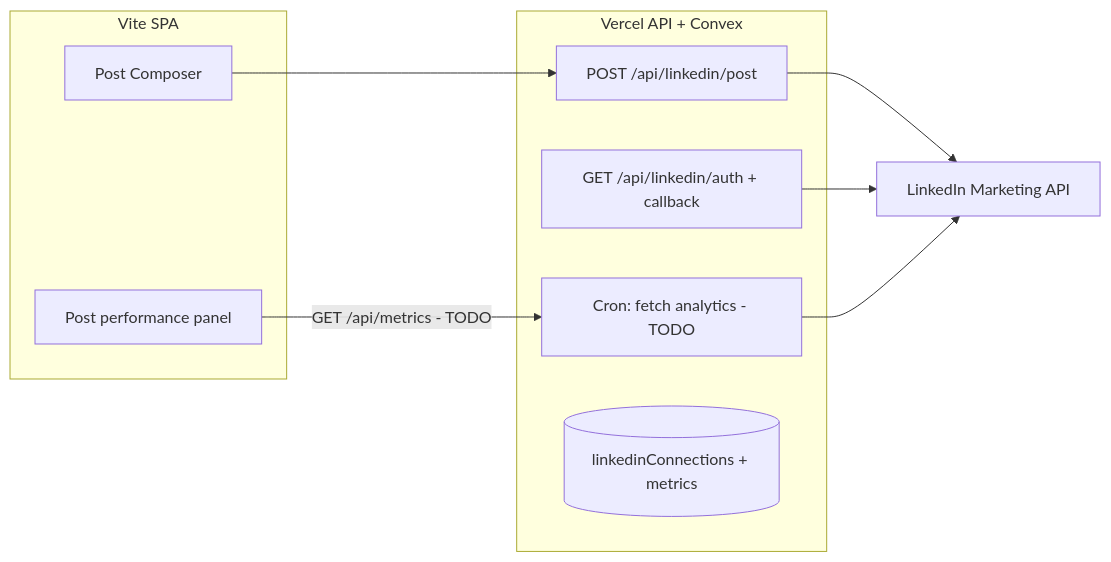
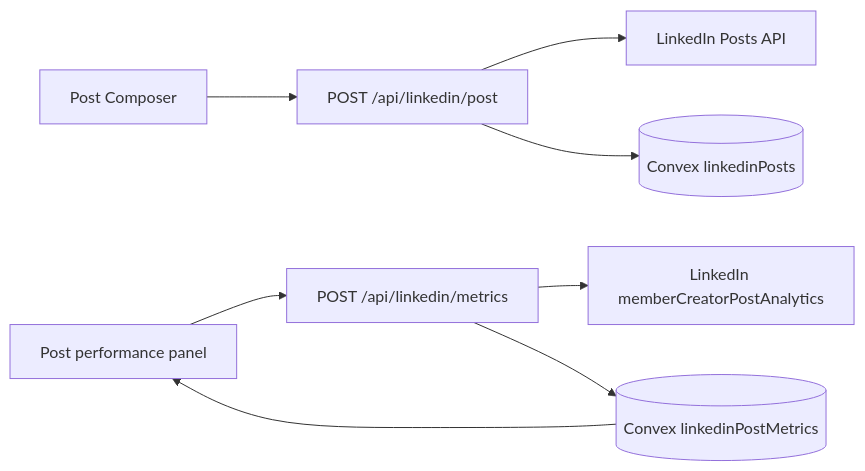
One commit to cwmarris/seeo-post-application changed the diagram in docs/LINKEDIN_MONITORING.md. Above: the diagram before and after it, drawn with Mermaid. The commit also changed other lines of this file and 21 other files, not shown here.

Commit message:
Add LinkedIn real metrics sync

````diff
--- a/docs/LINKEDIN_MONITORING.md
+++ b/docs/LINKEDIN_MONITORING.md
@@ -38,19 +42,10 @@
 ```mermaid
 flowchart LR
-  subgraph client [Vite SPA]
-    Dashboard[Post performance panel]
-    Composer[Post Composer]
-  end
-  subgraph backend [Vercel API + Convex]
-    OAuth[GET /api/linkedin/auth + callback]
-    Post[POST /api/linkedin/post]
-    Sync[Cron: fetch analytics - TODO]
-    DB[(linkedinConnections + metrics)]
-  end
-  LinkedIn[LinkedIn Marketing API]
-  Composer --> Post
-  Post --> LinkedIn
-  OAuth --> LinkedIn
-  Dashboard -->|GET /api/metrics - TODO| Sync
-  Sync --> LinkedIn
+  Composer[Post Composer] --> PostAPI[POST /api/linkedin/post]
+  PostAPI --> LinkedInPosts[LinkedIn Posts API]
+  PostAPI --> PostStore[(Convex linkedinPosts)]
+  Dashboard[Post performance panel] --> MetricsAPI[POST /api/linkedin/metrics]
+  MetricsAPI --> MemberAnalytics[LinkedIn memberCreatorPostAnalytics]
+  MetricsAPI --> MetricsStore[(Convex linkedinPostMetrics)]
+  MetricsStore --> Dashboard
 ```
````
